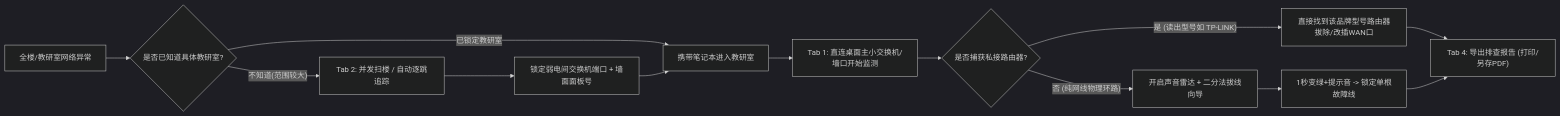
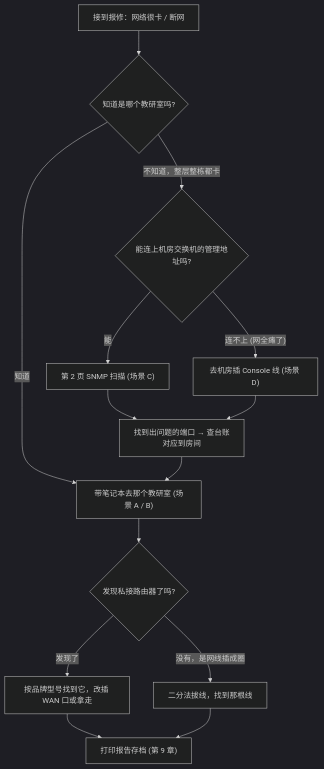
Before and after one commit to AtomBoyC/campus-loopfinder: the diagram in docs/使用手册.md, drawn with Mermaid (dark theme). The commit also changed other lines of this file and 2 other files, not shown here.

````diff
--- a/docs/使用手册.md
+++ b/docs/使用手册.md
@@ -35,15 +75,16 @@
 ```mermaid
-flowchart LR
-    A["全楼/教研室网络异常"] --> B{"是否已知道具体教研室?"}
-    B -- "不知道(范围较大)" --> C["Tab 2: 并发扫楼 / 自动逐跳追踪"]
-    C --> D["锁定弱电间交换机端口 + 墙面面板号"]
-    B -- "已锁定教研室" --> E["携带笔记本进入教研室"]
-    D --> E
-    E --> F["Tab 1: 直连桌面主小交换机/墙口开始监测"]
-    F --> G{"是否捕获私接路由器?"}
-    G -- "是 (读出型号如 TP-LINK)" --> H["直接找到该品牌型号路由器拔除/改插WAN口"]
-    G -- "否 (纯网线物理环路)" --> I["开启声音雷达 + 二分法拔线向导"]
-    I --> J["1秒变绿+提示音 -> 锁定单根故障线"]
-    H --> K["Tab 4: 导出排查报告 (打印/另存PDF)"]
-    J --> K
+flowchart TD
+    A["接到报修：网络很卡 / 断网"] --> B{"知道是哪个教研室吗?"}
+    B -- "知道" --> E["带笔记本去那个教研室 (场景 A / B)"]
+    B -- "不知道，整层整栋都卡" --> C{"能连上机房交换机的管理地址吗?"}
+    C -- "能" --> D1["第 2 页 SNMP 扫描 (场景 C)"]
+    C -- "连不上 (网全瘫了)" --> D2["去机房插 Console 线 (场景 D)"]
+    D1 --> F["找到出问题的端口 → 查台账对应到房间"]
+    D2 --> F
+    F --> E
+    E --> G{"发现私接路由器了吗?"}
+    G -- "发现了" --> H["按品牌型号找到它，改插 WAN 口或拿走"]
+    G -- "没有，是网线插成圈" --> I["二分法拔线，找到那根线"]
+    H --> J["打印报告存档 (第 9 章)"]
+    I --> J
 ```
````
